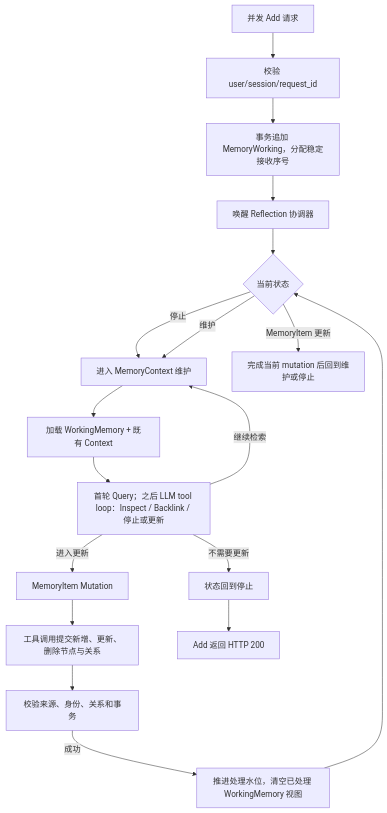
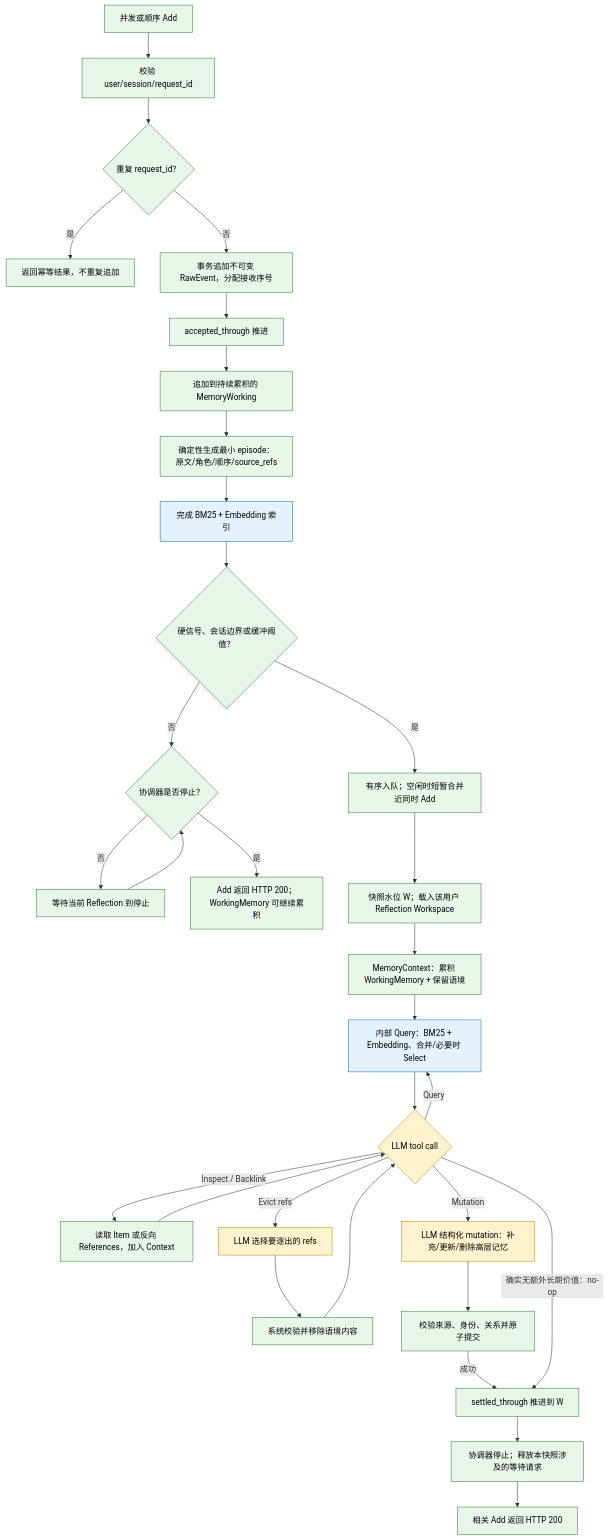
The third of 4 diagrams in docs/phase-2/method-improvement-plan.md (Graygoo7529/AM-Link), drawn with Mermaid before and after one commit. The commit also changed other lines of this file and 3 other files, not shown here.

Commit message:
docs: finalize searchable episode boundary for buffered reflection

````diff
--- a/docs/phase-2/method-improvement-plan.md
+++ b/docs/phase-2/method-improvement-plan.md
@@ -143,20 +202,40 @@
 ```mermaid
 flowchart TD
-  A[并发 Add 请求] --> B[校验 user/session/request_id]
-  B --> C[事务追加 MemoryWorking，分配稳定接收序号]
-  C --> D[唤醒 Reflection 协调器]
-  D --> E{当前状态}
-  E -->|停止| F[进入 MemoryContext 维护]
-  E -->|维护| F
-  E -->|MemoryItem 更新| G[完成当前 mutation 后回到维护或停止]
-  F --> H[加载 WorkingMemory + 既有 Context]
-  H --> I[首轮 Query；之后 LLM tool loop：Inspect / Backlink / 停止或更新]
-  I -->|继续检索| F
-  I -->|进入更新| J[MemoryItem Mutation]
-  I -->|不需要更新| K[状态回到停止]
-  J --> L[工具调用提交新增、更新、删除节点与关系]
-  L --> M[校验来源、身份、关系和事务]
-  M -->|成功| N[推进处理水位，清空已处理 WorkingMemory 视图]
-  N --> E
-  K --> O[Add 返回 HTTP 200]
+  A[并发或顺序 Add] --> B[校验 user/session/request_id]
+  B --> C{重复 request_id？}
+  C -->|是| D[返回幂等结果，不重复追加]
+  C -->|否| E[事务追加不可变 RawEvent，分配接收序号]
+  E --> F[accepted_through 推进]
+  F --> G[追加到持续累积的 MemoryWorking]
+  G --> H[确定性生成最小 episode：原文/角色/顺序/source_refs]
+  H --> I[完成 BM25 + Embedding 索引]
+  I --> J{硬信号、会话边界或缓冲阈值？}
+  J -->|否| K{协调器是否停止？}
+  K -->|否| L[等待当前 Reflection 到停止]
+  L --> K
+  K -->|是| M[Add 返回 HTTP 200；WorkingMemory 可继续累积]
+  J -->|是| N[有序入队；空闲时短暂合并近同时 Add]
+  N --> O[快照水位 W；载入该用户 Reflection Workspace]
+  O --> P[MemoryContext：累积 WorkingMemory + 保留语境]
+  P --> Q[内部 Query：BM25 + Embedding、合并/必要时 Select]
+  Q --> R{LLM tool call}
+  R -->|Query| Q
+  R -->|Inspect / Backlink| S[读取 Item 或反向 References，加入 Context]
+  S --> R
+  R -->|Evict refs| T[LLM 选择要逐出的 refs]
+  T --> U[系统校验并移除语境内容]
+  U --> R
+  R -->|Mutation| V[LLM 结构化 mutation：补充/更新/删除高层记忆]
+  V --> W[校验来源、身份、关系并原子提交]
+  W -->|成功| X[settled_through 推进到 W]
+  R -->|确实无额外长期价值：no-op| X
+  X --> Y[协调器停止；释放本快照涉及的等待请求]
+  Y --> Z[相关 Add 返回 HTTP 200]
+
+  classDef llm fill:#fff3cd,stroke:#b8860b,color:#000
+  classDef embedding fill:#e3f2fd,stroke:#1565c0,color:#000
+  classDef deterministic fill:#e8f5e9,stroke:#2e7d32,color:#000
+  class R,T,V llm
+  class I,Q embedding
+  class A,B,C,D,E,F,G,H,J,K,L,M,N,O,P,S,U,W,X,Y,Z deterministic
 ```
````
